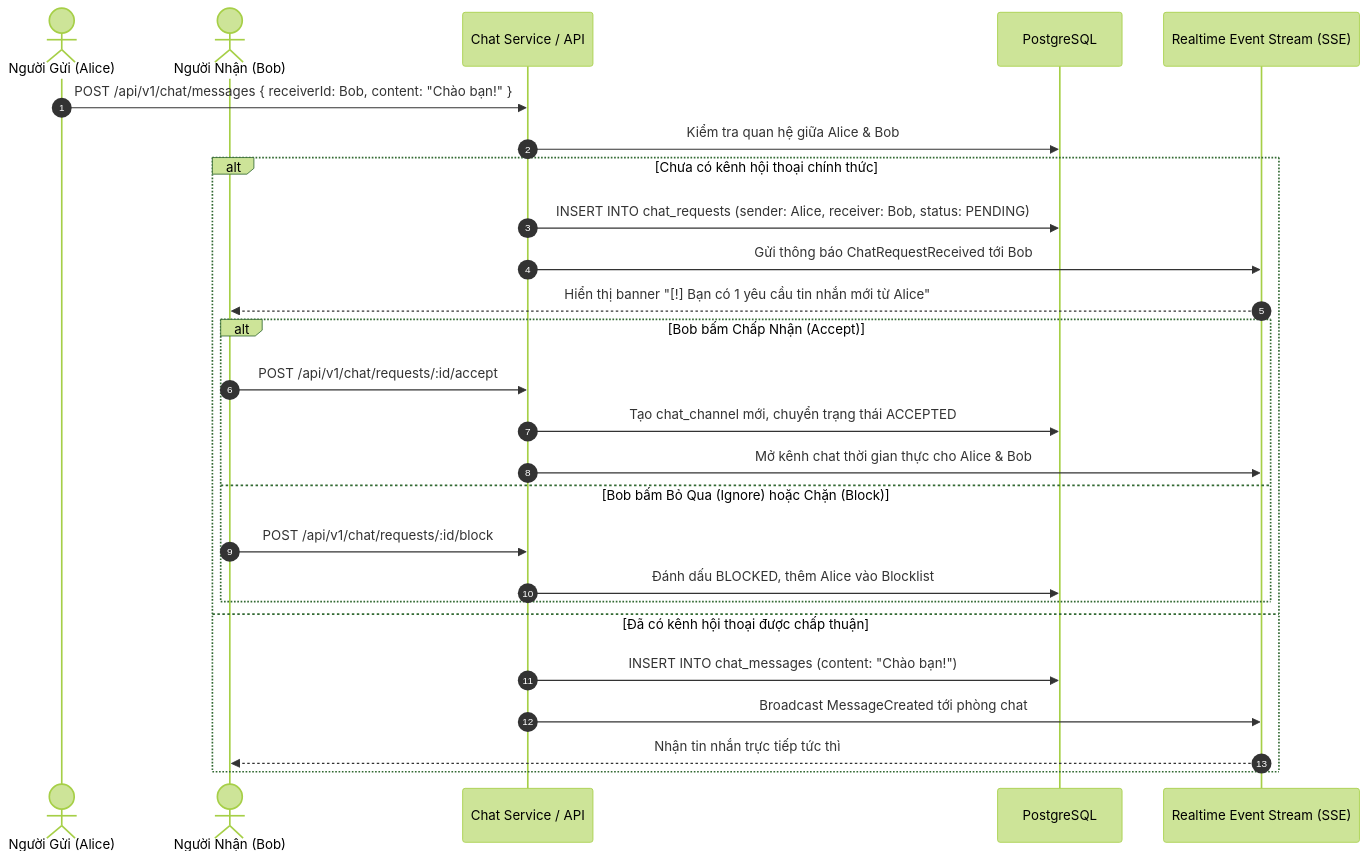
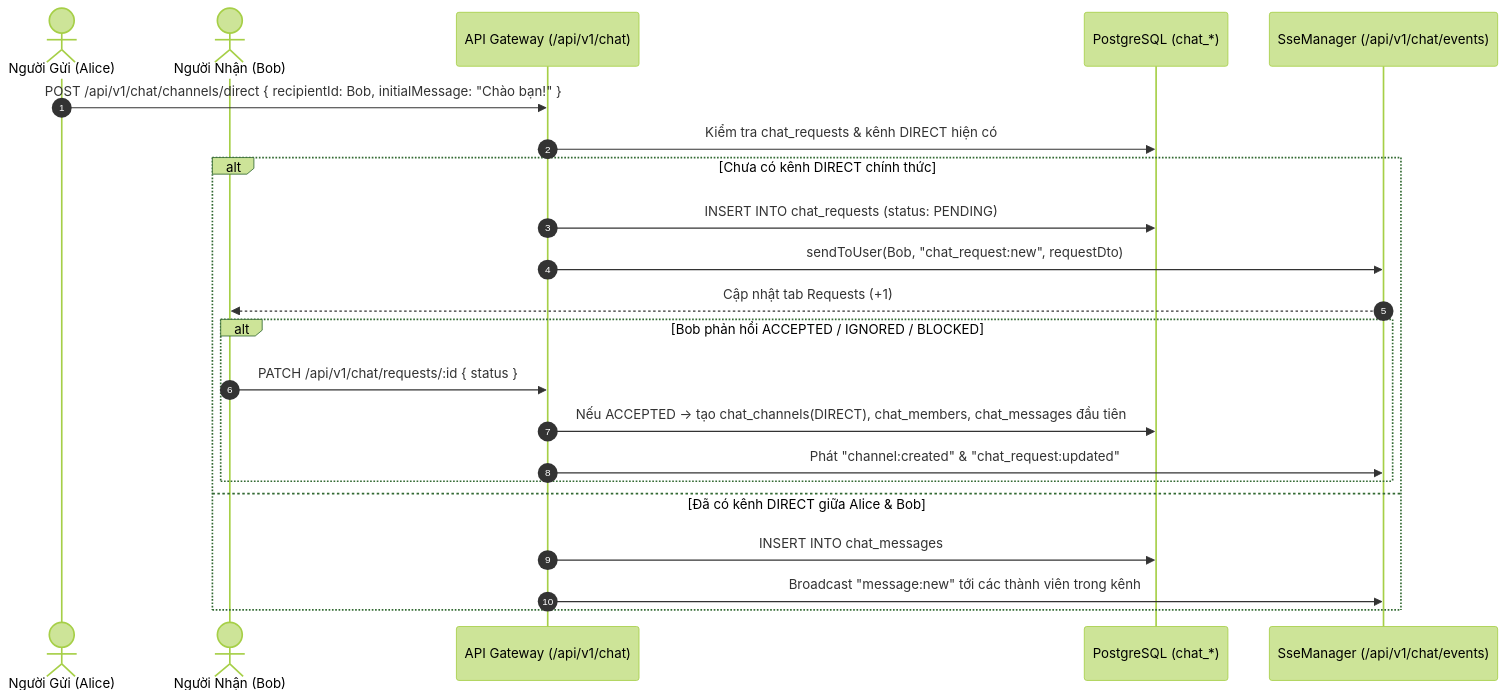
One commit to mjjyv/acad_devOps-project changed the third of 3 diagrams in docs/01_architecture_and_data/03_data_flows_dag.md. Above: the diagram before and after it, drawn with Mermaid (forest theme). The commit also changed other lines of this file and 74 other files, not shown here.

````diff
--- a/docs/01_architecture_and_data/03_data_flows_dag.md
+++ b/docs/01_architecture_and_data/03_data_flows_dag.md
@@ -75,31 +75,26 @@
 ```mermaid
 sequenceDiagram
     autonumber
     actor Alice as Người Gửi (Alice)
     actor Bob as Người Nhận (Bob)
-    participant Gateway as Chat Service / API
-    participant DB as PostgreSQL
-    participant SSE as Realtime Event Stream (SSE)
-    
-    Alice->>Gateway: POST /api/v1/chat/messages { receiverId: Bob, content: "Chào bạn!" }
-    Gateway->>DB: Kiểm tra quan hệ giữa Alice & Bob
-    
-    alt Chưa có kênh hội thoại chính thức
-        Gateway->>DB: INSERT INTO chat_requests (sender: Alice, receiver: Bob, status: PENDING)
-        Gateway->>SSE: Gửi thông báo ChatRequestReceived tới Bob
-        SSE-->>Bob: Hiển thị banner "[!] Bạn có 1 yêu cầu tin nhắn mới từ Alice"
-        
-        alt Bob bấm Chấp Nhận (Accept)
-            Bob->>Gateway: POST /api/v1/chat/requests/:id/accept
-            Gateway->>DB: Tạo chat_channel mới, chuyển trạng thái ACCEPTED
-            Gateway->>SSE: Mở kênh chat thời gian thực cho Alice & Bob
-        else Bob bấm Bỏ Qua (Ignore) hoặc Chặn (Block)
-            Bob->>Gateway: POST /api/v1/chat/requests/:id/block
-            Gateway->>DB: Đánh dấu BLOCKED, thêm Alice vào Blocklist
+    participant Gateway as API Gateway (/api/v1/chat)
+    participant DB as PostgreSQL (chat_*)
+    participant SSE as SseManager (/api/v1/chat/events)
+
+    Alice->>Gateway: POST /api/v1/chat/channels/direct { recipientId: Bob, initialMessage: "Chào bạn!" }
+    Gateway->>DB: Kiểm tra chat_requests & kênh DIRECT hiện có
+
+    alt Chưa có kênh DIRECT chính thức
+        Gateway->>DB: INSERT INTO chat_requests (status: PENDING)
+        Gateway->>SSE: sendToUser(Bob, "chat_request:new", requestDto)
+        SSE-->>Bob: Cập nhật tab Requests (+1)
+        alt Bob phản hồi ACCEPTED / IGNORED / BLOCKED
+            Bob->>Gateway: PATCH /api/v1/chat/requests/:id { status }
+            Gateway->>DB: Nếu ACCEPTED -> tạo chat_channels(DIRECT), chat_members, chat_messages đầu tiên
+            Gateway->>SSE: Phát "channel:created" & "chat_request:updated"
         end
-    else Đã có kênh hội thoại được chấp thuận
-        Gateway->>DB: INSERT INTO chat_messages (content: "Chào bạn!")
-        Gateway->>SSE: Broadcast MessageCreated tới phòng chat
-        SSE-->>Bob: Nhận tin nhắn trực tiếp tức thì
+    else Đã có kênh DIRECT giữa Alice & Bob
+        Gateway->>DB: INSERT INTO chat_messages
+        Gateway->>SSE: Broadcast "message:new" tới các thành viên trong kênh
     end
 ```
````
